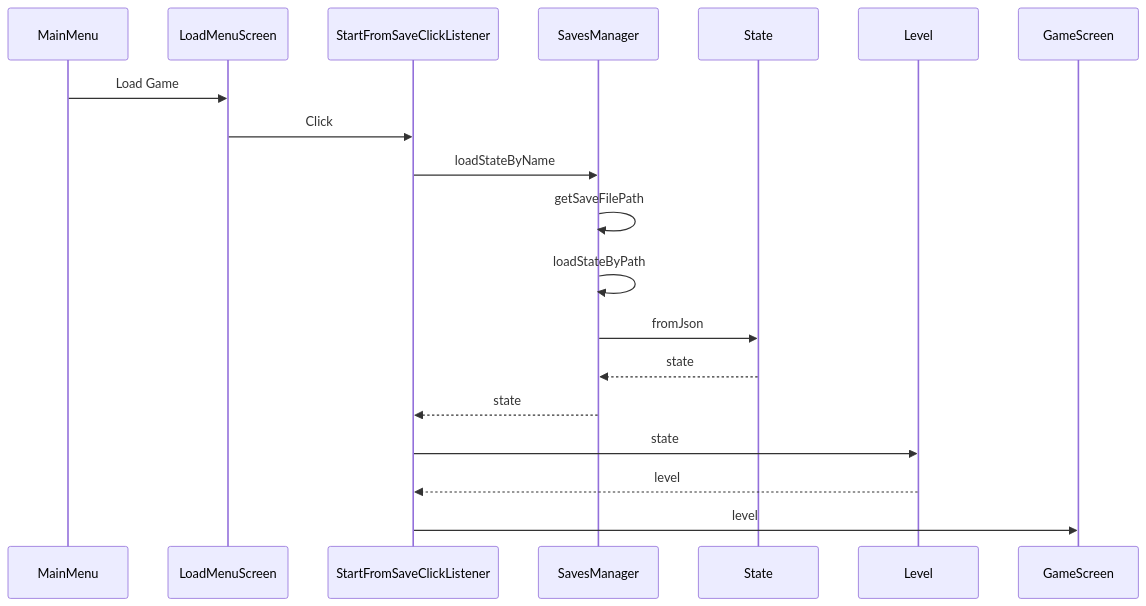
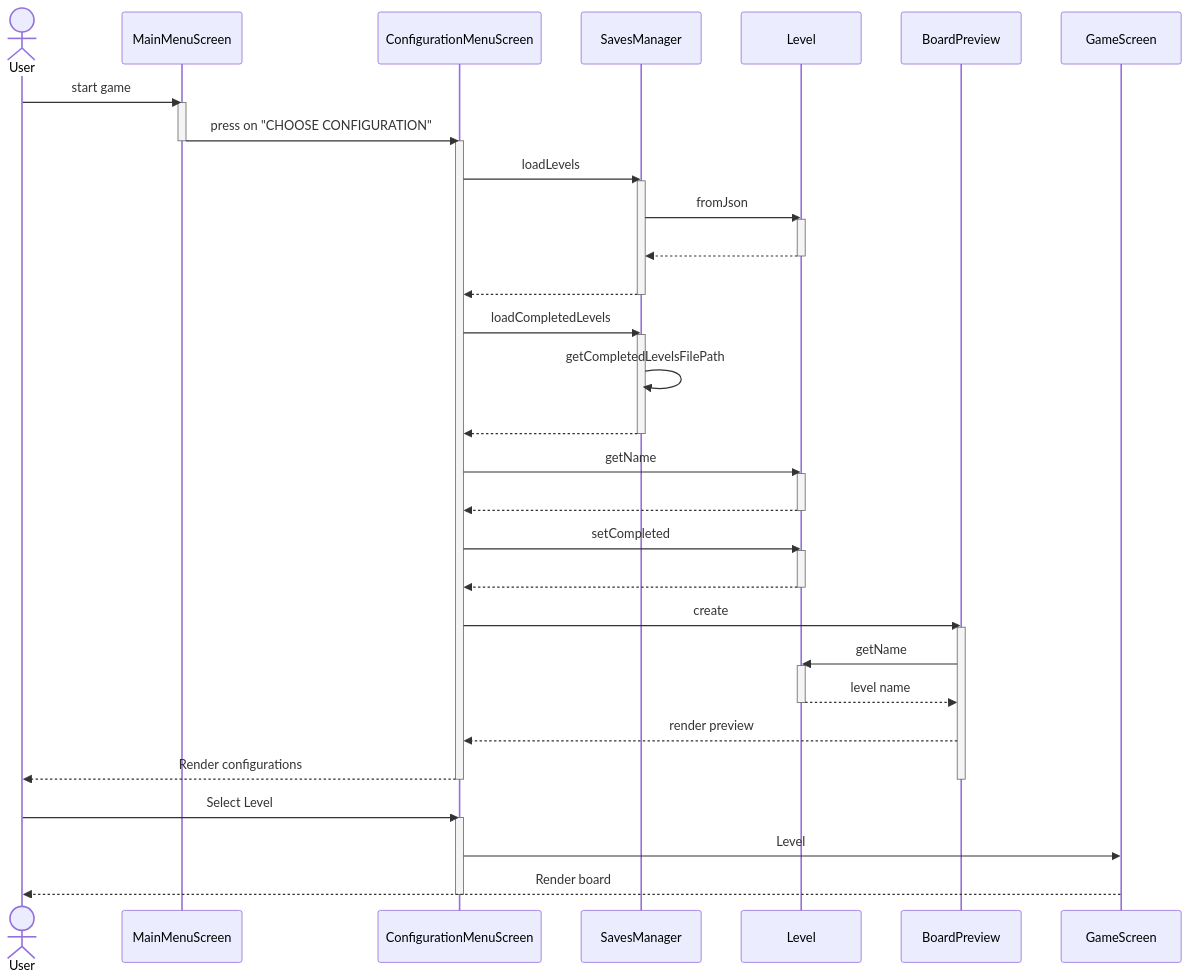
One commit to BIRSAx2/klotski changed the third of 3 diagrams in docs/sequence_diagram/index.md. Above: the diagram before and after it, drawn with Mermaid. The commit also changed other lines of this file, not shown here.

Commit message:
Added internal sequence diagram for adjust music/effects and select starting configuration

````diff
--- a/docs/sequence_diagram/index.md
+++ b/docs/sequence_diagram/index.md
@@ -18,21 +64,48 @@
 ```mermaid
 sequenceDiagram
-    participant MainMenu
-    participant LoadMenuScreen
-    participant StartFromSaveClickListener
-    participant SavesManager
+    actor User
+    User ->> MainMenuScreen: start game
+    activate MainMenuScreen
+    MainMenuScreen ->> ConfigurationMenuScreen: press on "CHOOSE CONFIGURATION"
+    deactivate MainMenuScreen
+    activate ConfigurationMenuScreen
+    ConfigurationMenuScreen ->> SavesManager: loadLevels
+    activate SavesManager
+    SavesManager ->> Level: fromJson
+    activate Level
+    Level -->> SavesManager: #32; 
+    deactivate Level
+    SavesManager -->> ConfigurationMenuScreen: #32; 
+    deactivate SavesManager
+    ConfigurationMenuScreen ->> SavesManager: loadCompletedLevels
+    activate SavesManager
+    SavesManager ->> SavesManager: getCompletedLevelsFilePath
+    SavesManager -->> ConfigurationMenuScreen:  #32; 
+    deactivate SavesManager
+    ConfigurationMenuScreen ->> Level: getName
+    activate Level
+    Level -->> ConfigurationMenuScreen: #32; 
+    deactivate Level
+    ConfigurationMenuScreen ->> Level: setCompleted
+    activate Level
+    Level -->> ConfigurationMenuScreen: #32; 
+    deactivate Level
+    ConfigurationMenuScreen ->> BoardPreview: create
+    activate BoardPreview
+    BoardPreview ->> Level: getName
+    activate Level
+    Level -->> BoardPreview: level name; 
+    deactivate Level
+    BoardPreview -->> ConfigurationMenuScreen: render preview;
+    ConfigurationMenuScreen -->> User: Render configurations
+    deactivate BoardPreview
+    deactivate ConfigurationMenuScreen
     
-    MainMenu ->> LoadMenuScreen: Load Game
-    LoadMenuScreen ->> StartFromSaveClickListener: Click
-    StartFromSaveClickListener ->> SavesManager: loadStateByName
-    SavesManager ->> SavesManager: getSaveFilePath
-    SavesManager ->> SavesManager: loadStateByPath
-    SavesManager ->> State: fromJson
-    State -->> SavesManager: state
     
-    SavesManager -->> StartFromSaveClickListener: state
-    StartFromSaveClickListener ->> Level : state
-    Level -->> StartFromSaveClickListener: level
-    StartFromSaveClickListener ->> GameScreen: level
-
+    User ->> ConfigurationMenuScreen: Select Level
+    activate ConfigurationMenuScreen
+    ConfigurationMenuScreen ->> GameScreen: Level
+    GameScreen -->> User : Render board
+    deactivate ConfigurationMenuScreen
+    
 ```
````
